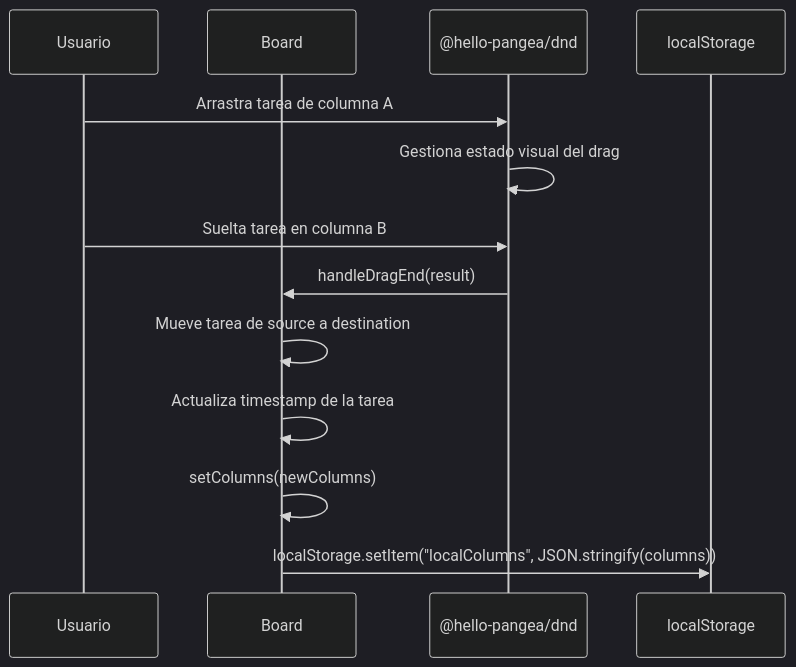
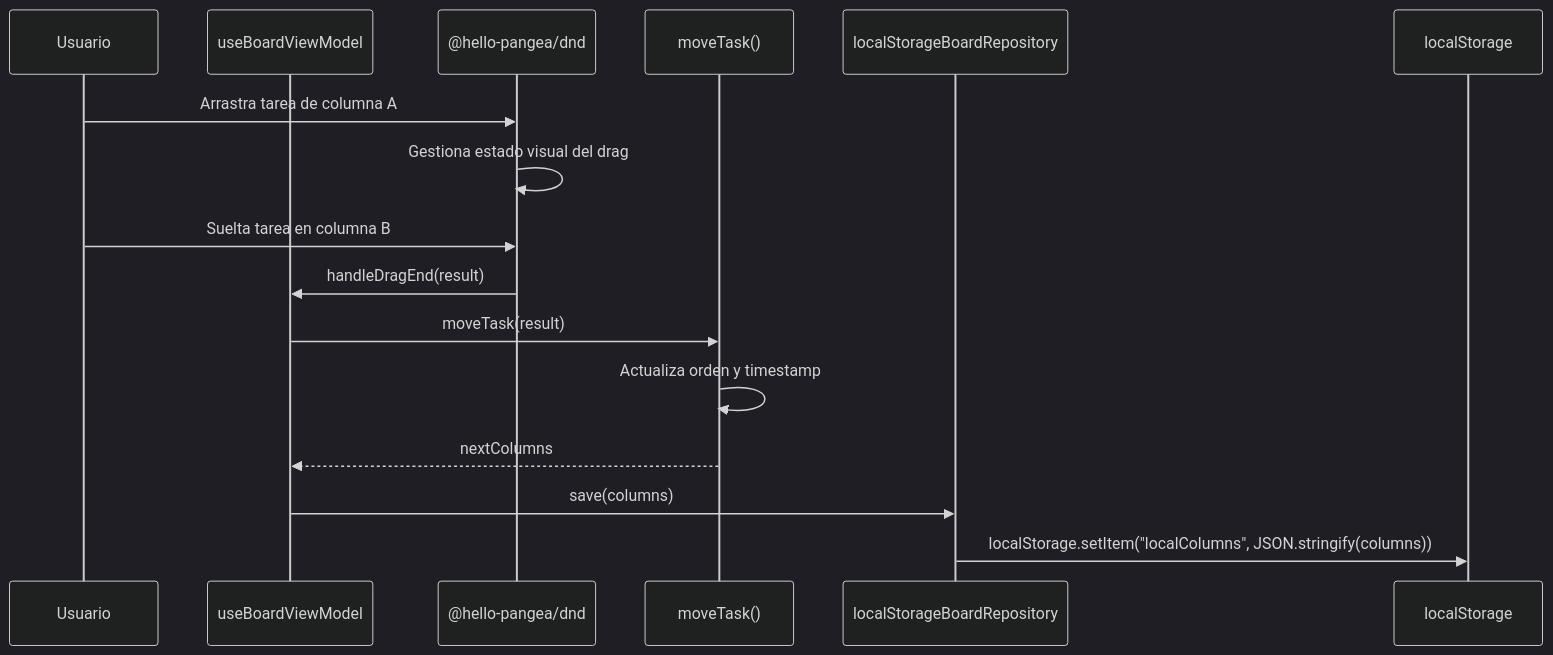
The second of 3 diagrams in docs/architecture.md (jrodrigopuca/KanbanBoard), drawn with Mermaid (dark theme) before and after one commit. The commit also changed other lines of this file and 42 other files, not shown here.

````diff
--- a/docs/architecture.md
+++ b/docs/architecture.md
@@ -67,16 +73,19 @@
 ```mermaid
 sequenceDiagram
     participant U as Usuario
-    participant B as Board
+    participant VM as useBoardViewModel
     participant DND as @hello-pangea/dnd
+    participant UC as moveTask()
+    participant R as localStorageBoardRepository
     participant LS as localStorage
 
     U->>DND: Arrastra tarea de columna A
     DND->>DND: Gestiona estado visual del drag
     U->>DND: Suelta tarea en columna B
-    DND->>B: handleDragEnd(result)
-    B->>B: Mueve tarea de source a destination
-    B->>B: Actualiza timestamp de la tarea
-    B->>B: setColumns(newColumns)
-    B->>LS: localStorage.setItem("localColumns", JSON.stringify(columns))
+    DND->>VM: handleDragEnd(result)
+    VM->>UC: moveTask(result)
+    UC->>UC: Actualiza orden y timestamp
+    UC-->>VM: nextColumns
+    VM->>R: save(columns)
+    R->>LS: localStorage.setItem("localColumns", JSON.stringify(columns))
 ```
````
